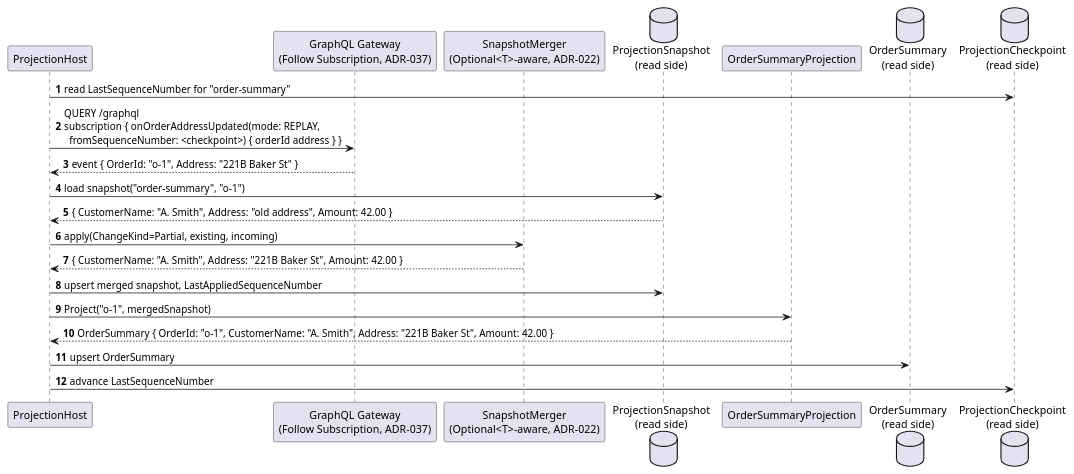
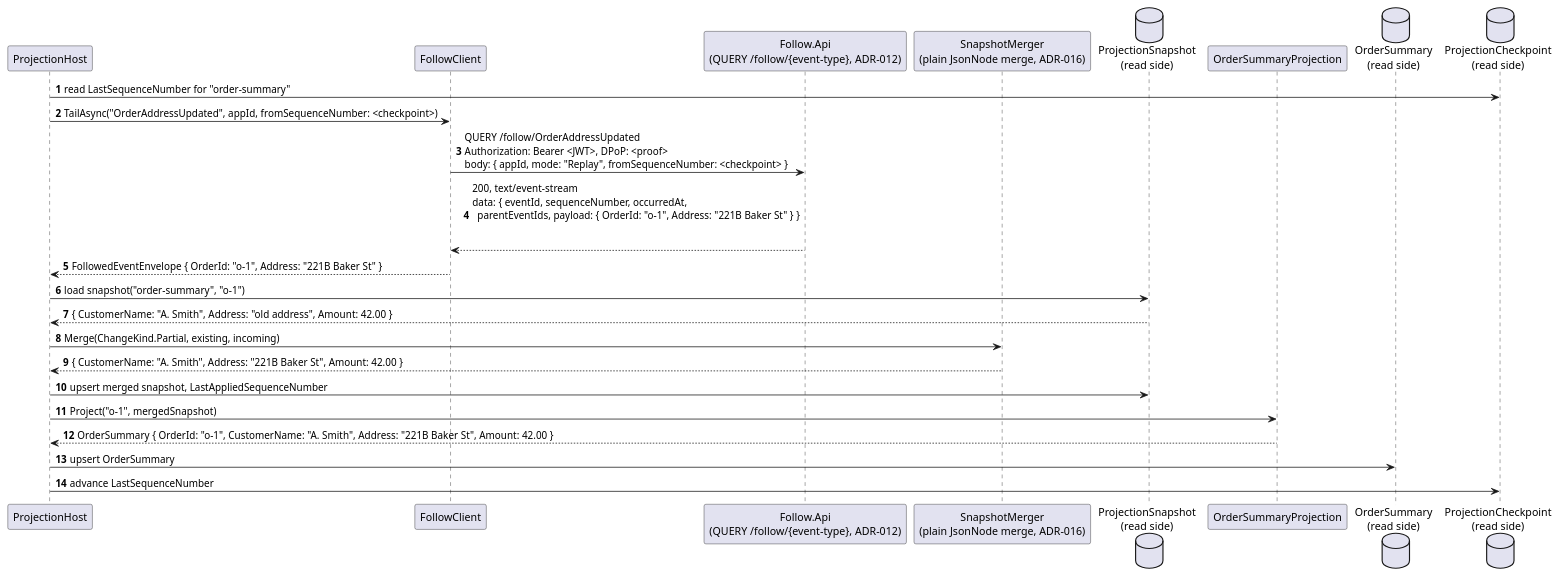
One commit to Mwwhited-BookLearning/EventSourcing changed the first of 2 diagrams in docs/features/cqrs-projections.md. Above: the diagram before and after it, drawn with PlantUML. The commit also changed other lines of this file and 46 other files, not shown here.

````diff
--- a/docs/features/cqrs-projections.md
+++ b/docs/features/cqrs-projections.md
@@ -77,25 +97,28 @@
 ```plantuml
 @startuml CqrsProjection_Apply_Sequence
 autonumber
 participant "ProjectionHost" as host
-participant "GraphQL Gateway\n(Follow Subscription, ADR-037)" as gateway
-participant "SnapshotMerger\n(Optional<T>-aware, ADR-022)" as merger
+participant "FollowClient" as followClient
+participant "Follow.Api\n(QUERY /follow/{event-type}, ADR-012)" as followApi
+participant "SnapshotMerger\n(plain JsonNode merge, ADR-016)" as merger
 database "ProjectionSnapshot\n(read side)" as snapshotDb
 participant "OrderSummaryProjection" as proj
 database "OrderSummary\n(read side)" as readDb
 database "ProjectionCheckpoint\n(read side)" as checkpointDb
 
 host -> checkpointDb: read LastSequenceNumber for "order-summary"
-host -> gateway: QUERY /graphql\nsubscription { onOrderAddressUpdated(mode: REPLAY,\n  fromSequenceNumber: <checkpoint>) { orderId address } }
-gateway --> host: event { OrderId: "o-1", Address: "221B Baker St" }
+host -> followClient: TailAsync("OrderAddressUpdated", appId, fromSequenceNumber: <checkpoint>)
+followClient -> followApi: QUERY /follow/OrderAddressUpdated\nAuthorization: Bearer <JWT>, DPoP: <proof>\nbody: { appId, mode: "Replay", fromSequenceNumber: <checkpoint> }
+followApi --> followClient: 200, text/event-stream\ndata: { eventId, sequenceNumber, occurredAt,\n  parentEventIds, payload: { OrderId: "o-1", Address: "221B Baker St" } }\n\n
+followClient --> host: FollowedEventEnvelope { OrderId: "o-1", Address: "221B Baker St" }
 host -> snapshotDb: load snapshot("order-summary", "o-1")
 snapshotDb --> host: { CustomerName: "A. Smith", Address: "old address", Amount: 42.00 }
-host -> merger: apply(ChangeKind=Partial, existing, incoming)
+host -> merger: Merge(ChangeKind.Partial, existing, incoming)
 merger --> host: { CustomerName: "A. Smith", Address: "221B Baker St", Amount: 42.00 }
 host -> snapshotDb: upsert merged snapshot, LastAppliedSequenceNumber
 host -> proj: Project("o-1", mergedSnapshot)
 proj --> host: OrderSummary { OrderId: "o-1", CustomerName: "A. Smith", Address: "221B Baker St", Amount: 42.00 }
 host -> readDb: upsert OrderSummary
 host -> checkpointDb: advance LastSequenceNumber
 @enduml
 ```
````
